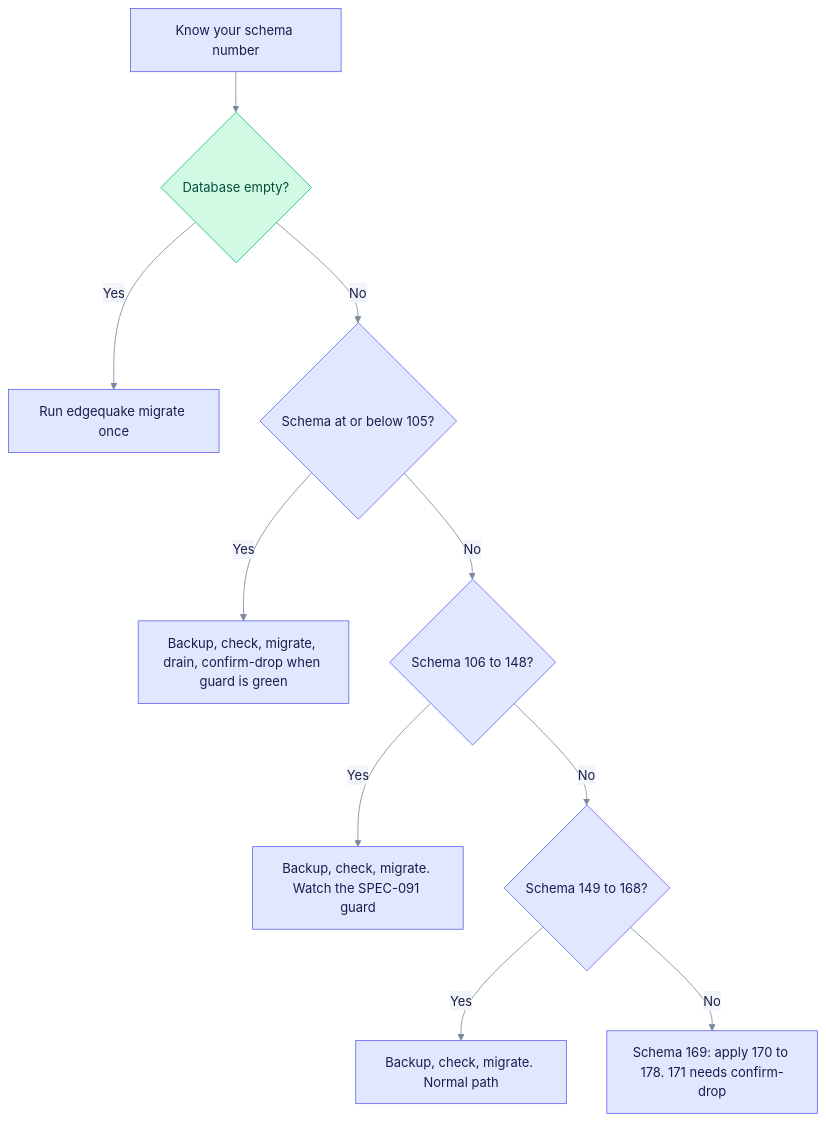
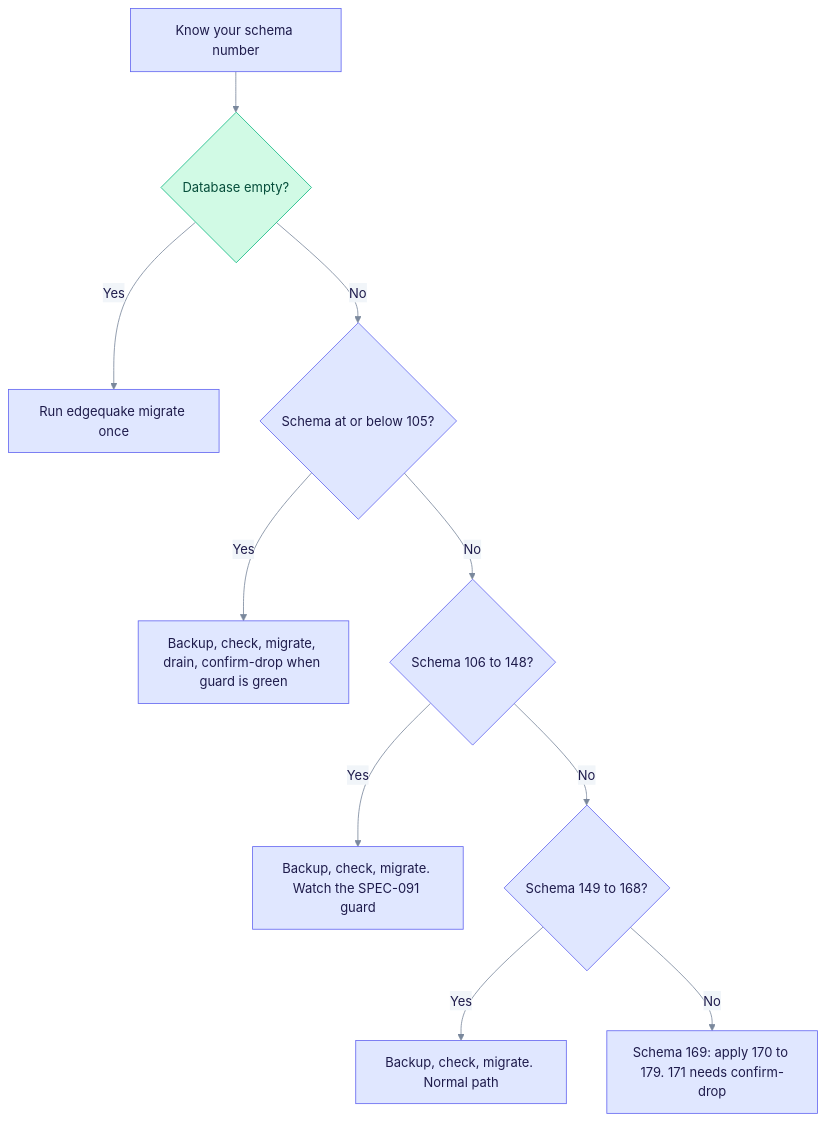
One commit to YatchiYa/edgequake changed the first of 3 diagrams in docs/operations/upgrading.md. Above: the diagram before and after it, drawn with Mermaid. The commit also changed other lines of this file and 9 other files, not shown here.

````diff
--- a/docs/operations/upgrading.md
+++ b/docs/operations/upgrading.md
@@ -24,17 +24,17 @@
 ```mermaid
 %%{init: {"theme":"base","themeVariables":{"primaryColor":"#E0E7FF","primaryBorderColor":"#6366F1","primaryTextColor":"#1E1B4B","secondaryColor":"#D1FAE5","secondaryBorderColor":"#10B981","secondaryTextColor":"#064E3B","tertiaryColor":"#FEF3C7","tertiaryBorderColor":"#F59E0B","tertiaryTextColor":"#6B7A90","lineColor":"#7A889C","clusterBkg":"rgba(99,102,241,0.07)","clusterBorder":"#A5B4FC","noteBkgColor":"#FEF9C3","noteTextColor":"#422006","textColor":"#6B7A90","titleColor":"#6B7A90","signalColor":"#7A889C","signalTextColor":"#6B7A90","loopTextColor":"#6B7A90","edgeLabelBackground":"#F1F5F9","actorLineColor":"#94A3B8"}}}%%
 %% eq-theme:v1
 flowchart TD
   A["Know your schema number"] --> B{"Database empty?"}
   B -->|Yes| C["Run edgequake migrate once"]
   B -->|No| D{"Schema at or below 105?"}
   D -->|Yes| E["Backup, check, migrate, drain, confirm-drop when guard is green"]
   D -->|No| F{"Schema 106 to 148?"}
   F -->|Yes| G["Backup, check, migrate. Watch the SPEC-091 guard"]
   F -->|No| H{"Schema 149 to 168?"}
   H -->|Yes| I["Backup, check, migrate. Normal path"]
-  H -->|No| J["Schema 169: apply 170 to 178. 171 needs confirm-drop"]
+  H -->|No| J["Schema 169: apply 170 to 179. 171 needs confirm-drop"]
 %% eq-classes
 classDef eqStore fill:#D1FAE5,stroke:#10B981,color:#064E3B
 class B eqStore
 ```
````
